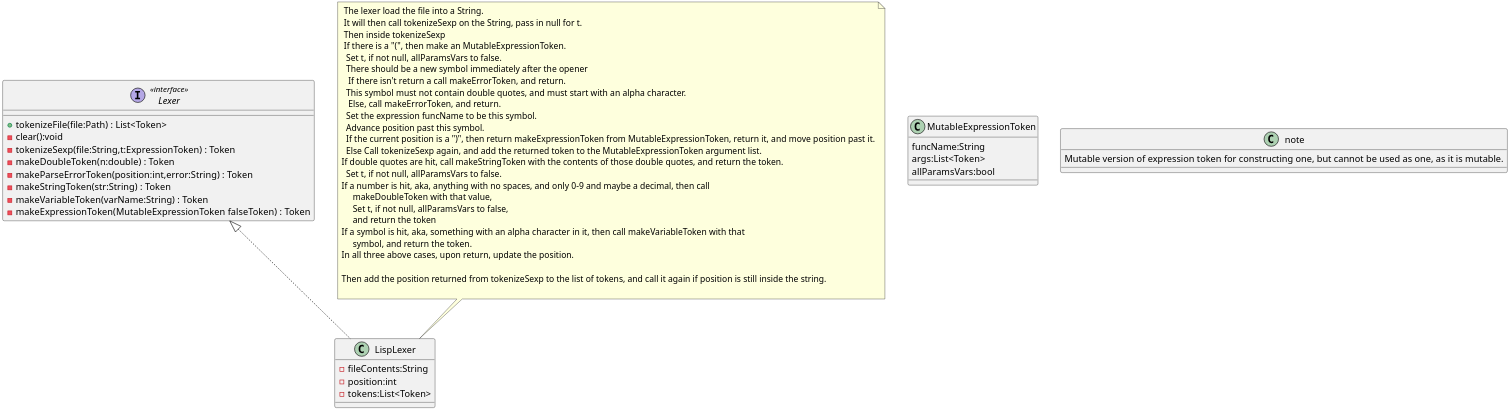
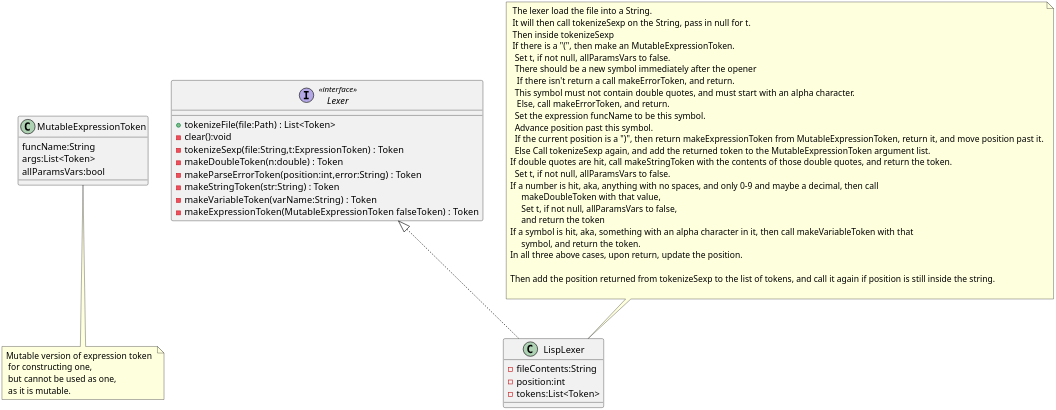
One commit to MatthewBregg/DesignPatternsRepo changed the diagram in Structure/Lexer.org. Above: the diagram before and after it, drawn with PlantUML. The commit also changed 1 other file, not shown here.

Commit message:
fixed up lexer

```diff
--- a/Structure/Lexer.org
+++ b/Structure/Lexer.org
@@ -3,56 +3,56 @@
 #+BEGIN_SRC plantuml :file LexerUML.png
 skinparam dpi 300
+
+
+class MutableExpressionToken 
+MutableExpressionToken : funcName:String
+MutableExpressionToken : args:List<Token>
+MutableExpressionToken : allParamsVars:bool 
+note bottom : Mutable version of expression token \n for constructing one, \n but cannot be used as one, \n as it is mutable.
 
 interface Lexer<<interface>>
 Lexer : +tokenizeFile(file:Path) : List<Token>
 Lexer : -clear():void
 Lexer : -tokenizeSexp(file:String,t:ExpressionToken) : Token
 Lexer : -makeDoubleToken(n:double) : Token
 Lexer : -makeParseErrorToken(position:int,error:String) : Token
 Lexer : -makeStringToken(str:String) : Token
 Lexer : -makeVariableToken(varName:String) : Token
 Lexer : -makeExpressionToken(MutableExpressionToken falseToken) : Token
 
 class LispLexer
 LispLexer : -fileContents:String
 LispLexer : -position:int
 Lexer <|.. LispLexer
 LispLexer : -tokens:List<Token>
-
-class MutableExpressionToken 
-MutableExpressionToken : funcName:String
-MutableExpressionToken : args:List<Token>
-MutableExpressionToken : allParamsVars:bool 
-note : Mutable version of expression token for constructing one, but cannot be used as one, as it is mutable.
-
 
 note top of LispLexer
  The lexer load the file into a String.
  It will then call tokenizeSexp on the String, pass in null for t.
  Then inside tokenizeSexp
  If there is a "(", then make an MutableExpressionToken.
   Set t, if not null, allParamsVars to false.
   There should be a new symbol immediately after the opener
    If there isn't return a call makeErrorToken, and return.
   This symbol must not contain double quotes, and must start with an alpha character.
    Else, call makeErrorToken, and return. 
   Set the expression funcName to be this symbol. 
   Advance position past this symbol.
   If the current position is a ")", then return makeExpressionToken from MutableExpressionToken, return it, and move position past it.
   Else Call tokenizeSexp again, and add the returned token to the MutableExpressionToken argument list.
 If double quotes are hit, call makeStringToken with the contents of those double quotes, and return the token.
   Set t, if not null, allParamsVars to false.
 If a number is hit, aka, anything with no spaces, and only 0-9 and maybe a decimal, then call 
      makeDoubleToken with that value, 
      Set t, if not null, allParamsVars to false,
      and return the token
 If a symbol is hit, aka, something with an alpha character in it, then call makeVariableToken with that
      symbol, and return the token.
 In all three above cases, upon return, update the position.
 
 Then add the position returned from tokenizeSexp to the list of tokens, and call it again if position is still inside the string.
 
 end note
   
 
 #+END_SRC
```
